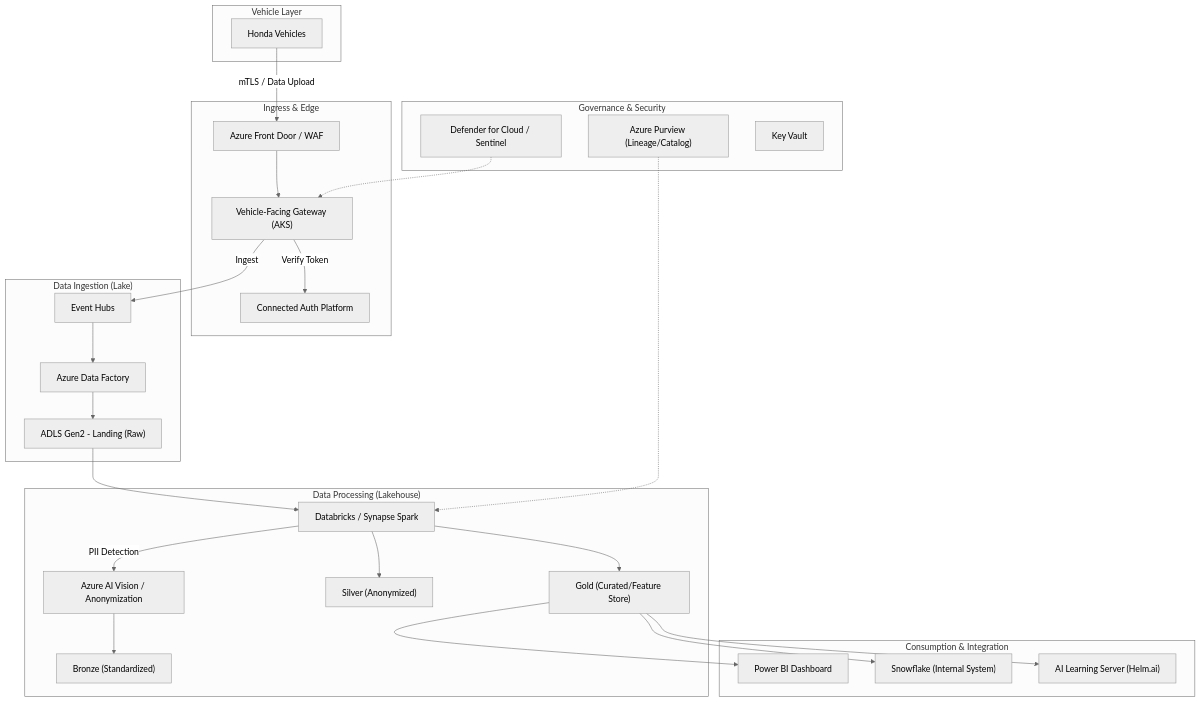
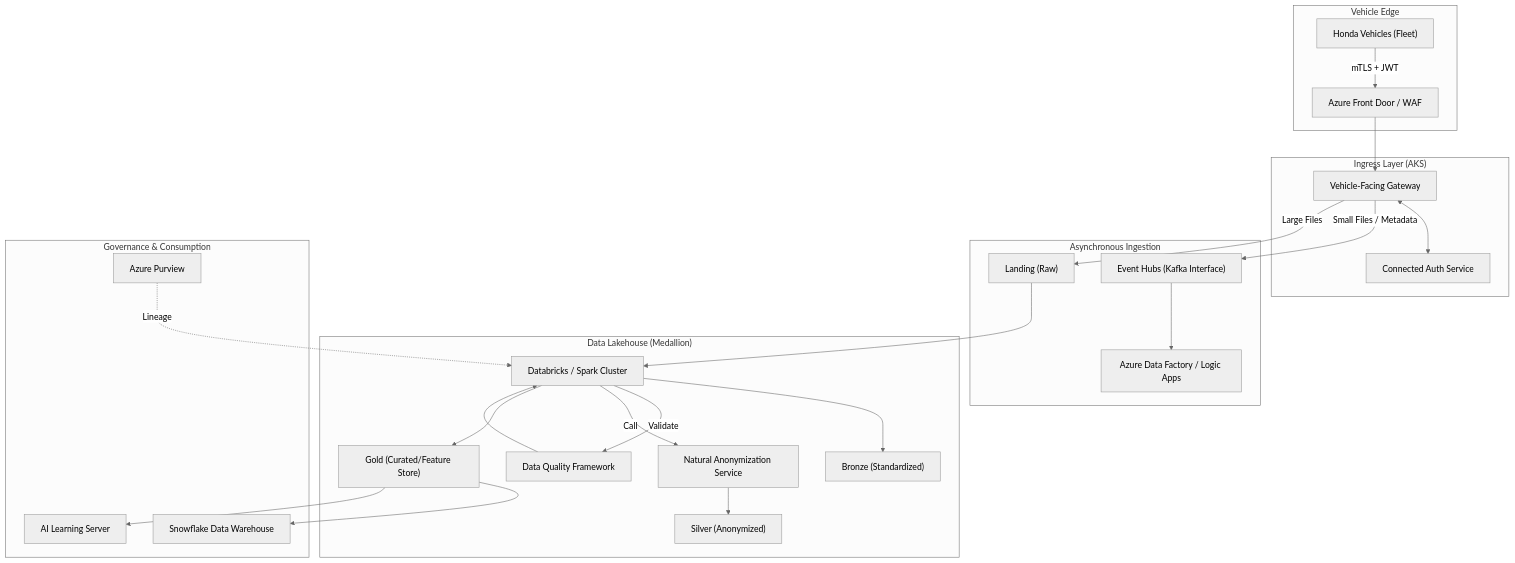
Before and after one commit to vietanh85/test-todo-app: the diagram in docs/noa-outcar-system-design.md, drawn with Mermaid (neutral theme). The commit also changed other lines of this file and 20 other files, not shown here.

````diff
--- a/docs/noa-outcar-system-design.md
+++ b/docs/noa-outcar-system-design.md
@@ -28,55 +33,54 @@
 ```mermaid
 graph TD
-    subgraph "Vehicle Layer"
-        V["Honda Vehicles"]
+    subgraph "Vehicle Edge"
+        V["Honda Vehicles (Fleet)"]
+        V -- "mTLS + JWT" --> AFD
     end
 
-    subgraph "Ingress & Edge"
+    subgraph "Ingress Layer (AKS)"
         AFD["Azure Front Door / WAF"]
-        VFG["Vehicle-Facing Gateway (AKS)"]
-        CAP["Connected Auth Platform"]
+        VFG["Vehicle-Facing Gateway"]
+        CAP["Connected Auth Service"]
+        
+        AFD --> VFG
+        VFG <--> CAP
     end
 
-    subgraph "Data Ingestion (Lake)"
-        EH["Event Hubs"]
-        ADF["Azure Data Factory"]
-        ADLS_RAW["ADLS Gen2 - Landing (Raw)"]
+    subgraph "Asynchronous Ingestion"
+        EH["Event Hubs (Kafka Interface)"]
+        ADF["Azure Data Factory / Logic Apps"]
+        
+        VFG -- "Small Files / Metadata" --> EH
+        VFG -- "Large Files" --> ADLS_RAW
+        EH --> ADF
     end
 
-    subgraph "Data Processing (Lakehouse)"
-        DBR["Databricks / Synapse Spark"]
-        AIV["Azure AI Vision / Anonymization"]
+    subgraph "Data Lakehouse (Medallion)"
+        ADLS_RAW["Landing (Raw)"]
         ADLS_BRZ["Bronze (Standardized)"]
         ADLS_SLV["Silver (Anonymized)"]
         ADLS_GLD["Gold (Curated/Feature Store)"]
+        
+        DBR["Databricks / Spark Cluster"]
+        AIV["Natural Anonymization Service"]
+        DQF["Data Quality Framework"]
+
+        ADLS_RAW --> DBR
+        DBR --> ADLS_BRZ
+        DBR -- "Validate" --> DQF
+        DQF --> DBR
+        DBR -- "Call" --> AIV
+        AIV --> ADLS_SLV
+        DBR --> ADLS_GLD
     end
 
-    subgraph "Governance & Security"
-        AP["Azure Purview (Lineage/Catalog)"]
-        D4C["Defender for Cloud / Sentinel"]
-        KV["Key Vault"]
+    subgraph "Governance & Consumption"
+        AP["Azure Purview"]
+        SF["Snowflake Data Warehouse"]
+        ALS["AI Learning Server"]
+        
+        ADLS_GLD --> SF
+        ADLS_GLD --> ALS
+        AP -. "Lineage" .-> DBR
     end
-
-    subgraph "Consumption & Integration"
-        PBI["Power BI Dashboard"]
-        SF["Snowflake (Internal System)"]
-        ALS["AI Learning Server (Helm.ai)"]
-    end
-
-    V -- "mTLS / Data Upload" --> AFD
-    AFD --> VFG
-    VFG -- "Verify Token" --> CAP
-    VFG -- "Ingest" --> EH
-    EH --> ADF
-    ADF --> ADLS_RAW
-    ADLS_RAW --> DBR
-    DBR -- "PII Detection" --> AIV
-    AIV --> ADLS_BRZ
-    DBR --> ADLS_SLV
-    DBR --> ADLS_GLD
-    ADLS_GLD --> SF
-    ADLS_GLD --> ALS
-    ADLS_GLD --> PBI
-    AP -.-> DBR
-    D4C -.-> VFG
 ```
````
